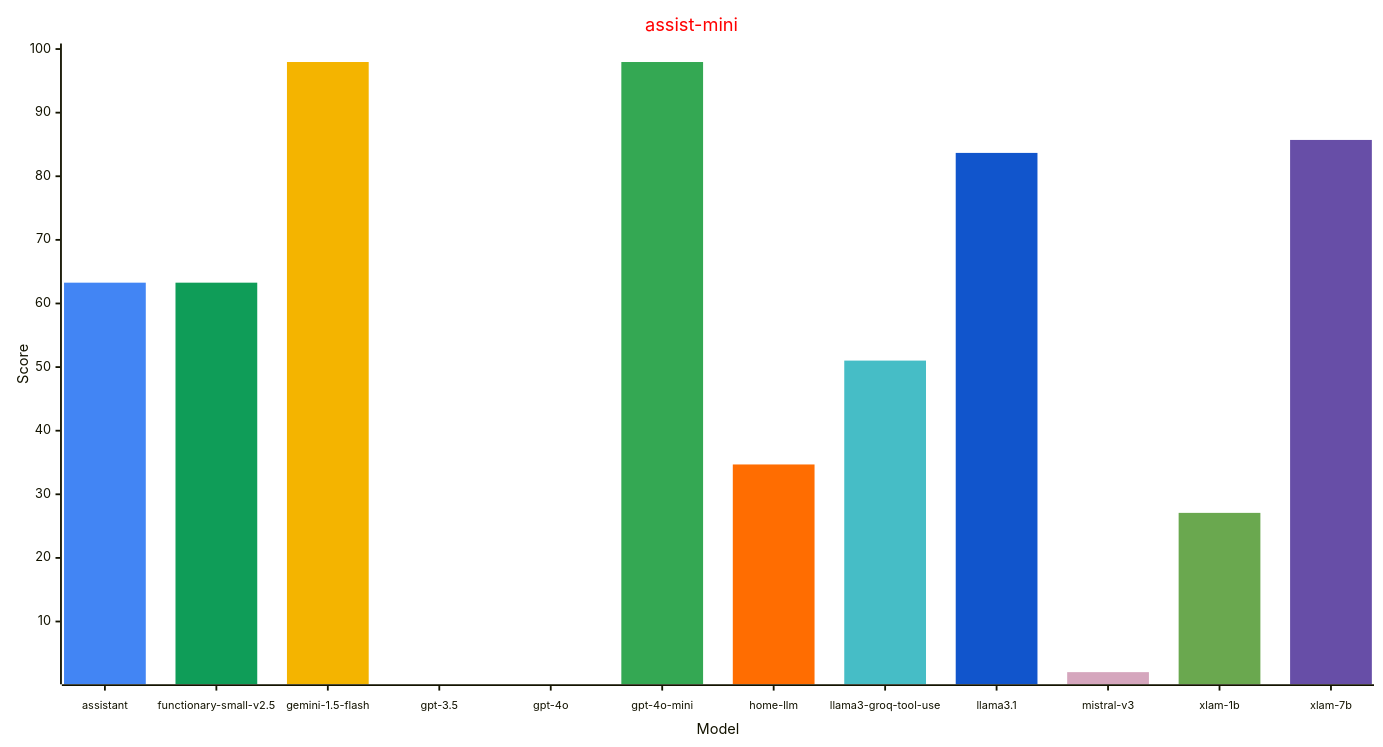
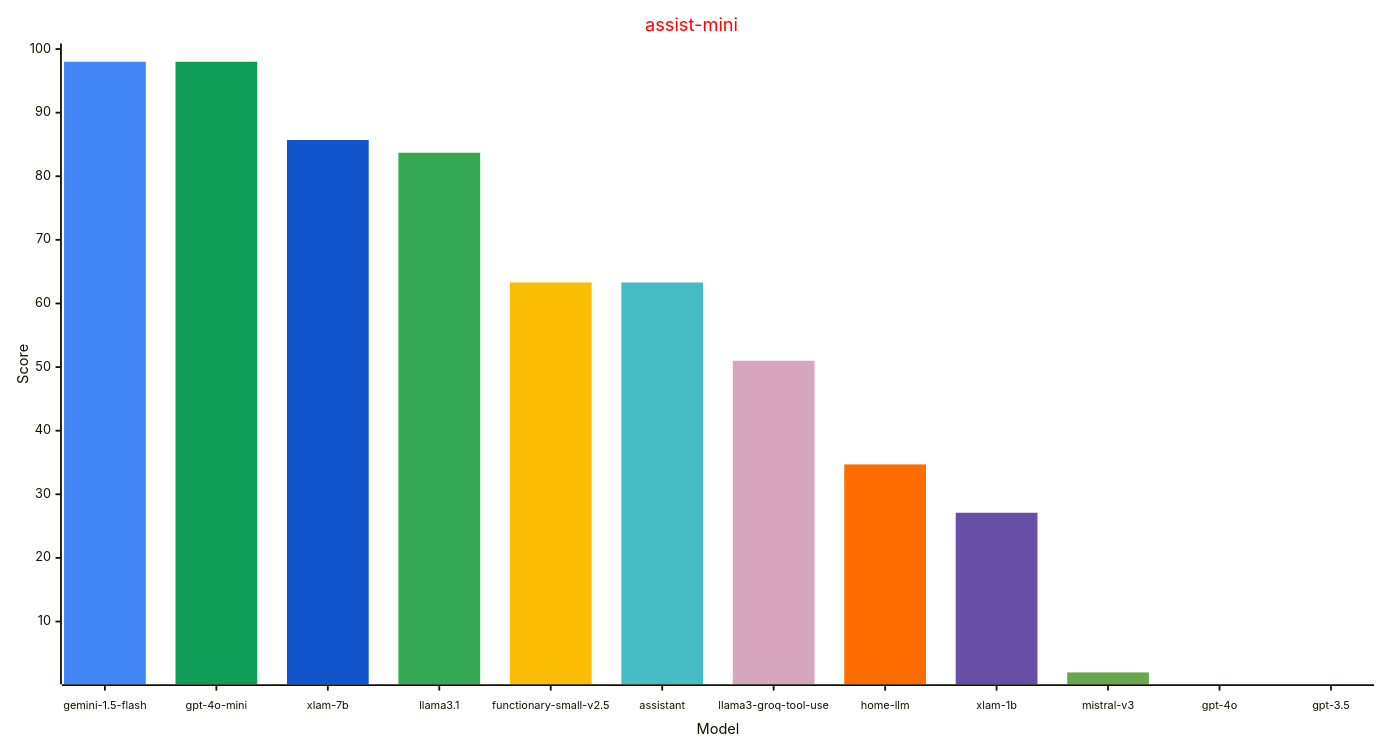
Before and after one commit to allenporter/home-assistant-datasets: the second of 3 diagrams in reports/leaderboard.md, drawn with Mermaid. The commit also changed other lines of this file and 6 other files, not shown here.

Commit message:
Refactor chart building and make sparse

````diff
--- a/reports/leaderboard.md
+++ b/reports/leaderboard.md
@@ -50,32 +47,32 @@
 ```mermaid
 ---
 config:
     xyChart:
         width: 1500
         height: 800
         xAxis:
           labelFontSize: 12
           labelPadding: 8
     themeVariables:
         xyChart:
             titleColor: "#ff0000"
-            plotColorPalette: "#4285f4, #0F9D58, #f4b400, #ea4335, #fbbc04, #34a853, #ff6d01, #46bdc6, #1155cc, #d5a6bd, #6aa84f, #674ea7"
+            plotColorPalette: "#4285f4, #0f9d58, #1155cc, #34a853, #fbbc04, #46bdc6, #d5a6bd, #ff6d01, #674ea7, #6aa84f, #f4b400, #ea4335"
 
 ---
 xychart-beta
   title "assist-mini"
-  x-axis "Model" [assistant, functionary-small-v2.5, gemini-1.5-flash, gpt-3.5, gpt-4o, gpt-4o-mini, home-llm, llama3-groq-tool-use, llama3.1, mistral-v3, xlam-1b, xlam-7b]
+  x-axis "Model" [gemini-1.5-flash, gpt-4o-mini, xlam-7b, llama3.1, functionary-small-v2.5, assistant, llama3-groq-tool-use, home-llm, xlam-1b, mistral-v3, gpt-4o, gpt-3.5]
   y-axis "Score" 1 --> 100
-  bar [63.27, 0, 0, 0, 0, 0, 0, 0, 0, 0, 0, 0]
-  bar [0, 63.27, 0, 0, 0, 0, 0, 0, 0, 0, 0, 0]
-  bar [0, 0, 97.96, 0, 0, 0, 0, 0, 0, 0, 0, 0]
-  bar [0, 0, 0, 0, 0, 0, 0, 0, 0, 0, 0, 0]
-  bar [0, 0, 0, 0, 0, 0, 0, 0, 0, 0, 0, 0]
-  bar [0, 0, 0, 0, 0, 97.96, 0, 0, 0, 0, 0, 0]
-  bar [0, 0, 0, 0, 0, 0, 34.69, 0, 0, 0, 0, 0]
-  bar [0, 0, 0, 0, 0, 0, 0, 51.02, 0, 0, 0, 0]
-  bar [0, 0, 0, 0, 0, 0, 0, 0, 83.67, 0, 0, 0]
-  bar [0, 0, 0, 0, 0, 0, 0, 0, 0, 2.04, 0, 0]
-  bar [0, 0, 0, 0, 0, 0, 0, 0, 0, 0, 27.08, 0]
-  bar [0, 0, 0, 0, 0, 0, 0, 0, 0, 0, 0, 85.71]
+  bar [98.0, 0.0, 0.0, 0.0, 0.0, 0.0, 0.0, 0.0, 0.0, 0.0, 0.0, 0.0]
+  bar [0.0, 98.0, 0.0, 0.0, 0.0, 0.0, 0.0, 0.0, 0.0, 0.0, 0.0, 0.0]
+  bar [0.0, 0.0, 85.7, 0.0, 0.0, 0.0, 0.0, 0.0, 0.0, 0.0, 0.0, 0.0]
+  bar [0.0, 0.0, 0.0, 83.7, 0.0, 0.0, 0.0, 0.0, 0.0, 0.0, 0.0, 0.0]
+  bar [0.0, 0.0, 0.0, 0.0, 63.3, 0.0, 0.0, 0.0, 0.0, 0.0, 0.0, 0.0]
+  bar [0.0, 0.0, 0.0, 0.0, 0.0, 63.3, 0.0, 0.0, 0.0, 0.0, 0.0, 0.0]
+  bar [0.0, 0.0, 0.0, 0.0, 0.0, 0.0, 51.0, 0.0, 0.0, 0.0, 0.0, 0.0]
+  bar [0.0, 0.0, 0.0, 0.0, 0.0, 0.0, 0.0, 34.7, 0.0, 0.0, 0.0, 0.0]
+  bar [0.0, 0.0, 0.0, 0.0, 0.0, 0.0, 0.0, 0.0, 27.1, 0.0, 0.0, 0.0]
+  bar [0.0, 0.0, 0.0, 0.0, 0.0, 0.0, 0.0, 0.0, 0.0, 2.0, 0.0, 0.0]
+  bar [0.0, 0.0, 0.0, 0.0, 0.0, 0.0, 0.0, 0.0, 0.0, 0.0, 0.0, 0.0]
+  bar [0.0, 0.0, 0.0, 0.0, 0.0, 0.0, 0.0, 0.0, 0.0, 0.0, 0.0, 0.0]
 ```
````
